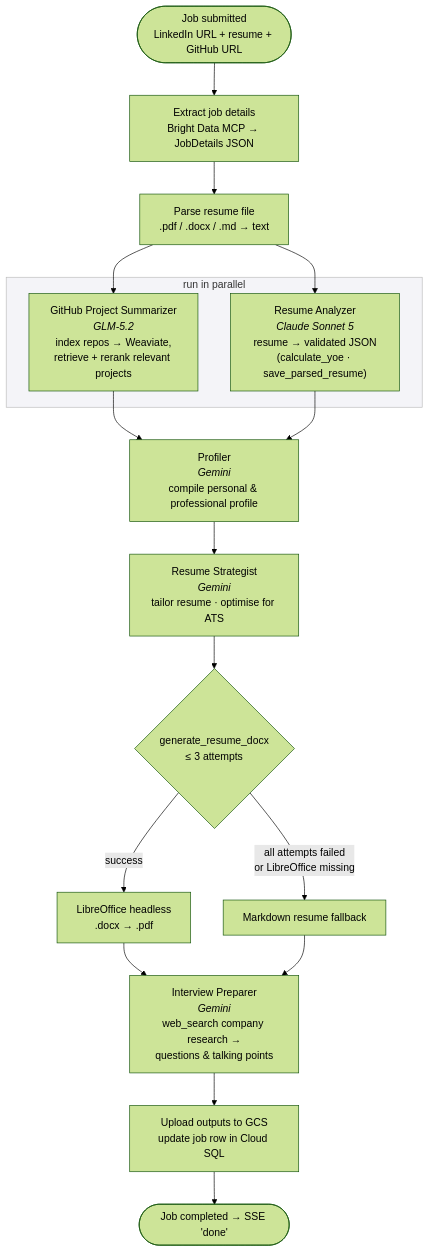
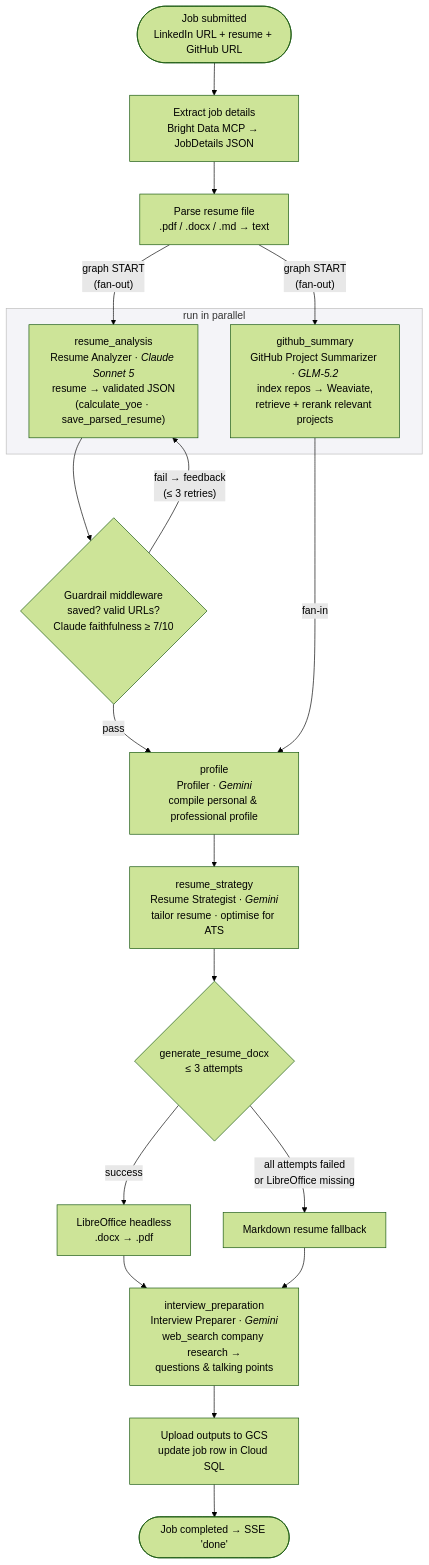
The second of 3 diagrams in README.md (arijitde92/Job_Application_Agent), drawn with Mermaid (forest theme) before and after one commit. The commit also changed other lines of this file and 67 other files, not shown here.

````diff
--- a/README.md
+++ b/README.md
@@ -247,31 +259,33 @@
 ```mermaid
 flowchart TD
     Start(["Job submitted<br/>LinkedIn URL + resume + GitHub URL"]) --> Extract["Extract job details<br/>Bright Data MCP → JobDetails JSON"]
     Extract --> Parse["Parse resume file<br/>.pdf / .docx / .md → text"]
 
-    Parse --> A1["GitHub Project Summarizer<br/><i>GLM-5.2</i><br/>index repos → Weaviate,<br/>retrieve + rerank relevant projects"]
-    Parse --> A2["Resume Analyzer<br/><i>Claude Sonnet 5</i><br/>resume → validated JSON<br/>(calculate_yoe · save_parsed_resume)"]
+    Parse -->|"graph START<br/>(fan-out)"| A1["github_summary<br/>GitHub Project Summarizer · <i>GLM-5.2</i><br/>index repos → Weaviate,<br/>retrieve + rerank relevant projects"]
+    Parse -->|"graph START<br/>(fan-out)"| A2["resume_analysis<br/>Resume Analyzer · <i>Claude Sonnet 5</i><br/>resume → validated JSON<br/>(calculate_yoe · save_parsed_resume)"]
 
-    A1 --> A3
-    A2 --> A3
+    A2 --> Guard{"Guardrail middleware<br/>saved? valid URLs?<br/>Claude faithfulness ≥ 7/10"}
+    Guard -->|"fail → feedback<br/>(≤ 3 retries)"| A2
+    Guard -->|"pass"| A3
+    A1 -->|"fan-in"| A3
 
-    A3["Profiler<br/><i>Gemini</i><br/>compile personal & professional profile"]
-    A3 --> A4["Resume Strategist<br/><i>Gemini</i><br/>tailor resume · optimise for ATS"]
+    A3["profile<br/>Profiler · <i>Gemini</i><br/>compile personal & professional profile"]
+    A3 --> A4["resume_strategy<br/>Resume Strategist · <i>Gemini</i><br/>tailor resume · optimise for ATS"]
 
     A4 --> Tool{"generate_resume_docx<br/>≤ 3 attempts"}
     Tool -->|"success"| Conv["LibreOffice headless<br/>.docx → .pdf"]
     Tool -->|"all attempts failed<br/>or LibreOffice missing"| MD["Markdown resume fallback"]
     Conv --> A5
     MD --> A5
 
-    A5["Interview Preparer<br/><i>Gemini</i><br/>web_search company research →<br/>questions & talking points"]
+    A5["interview_preparation<br/>Interview Preparer · <i>Gemini</i><br/>web_search company research →<br/>questions & talking points"]
     A5 --> Store["Upload outputs to GCS<br/>update job row in Cloud SQL"]
     Store --> Done(["Job completed → SSE 'done'"])
 
     subgraph Parallel["run in parallel"]
         A1
         A2
     end
 
     style Parallel fill:#f4f4f8,stroke:#bbb
 ```
````
